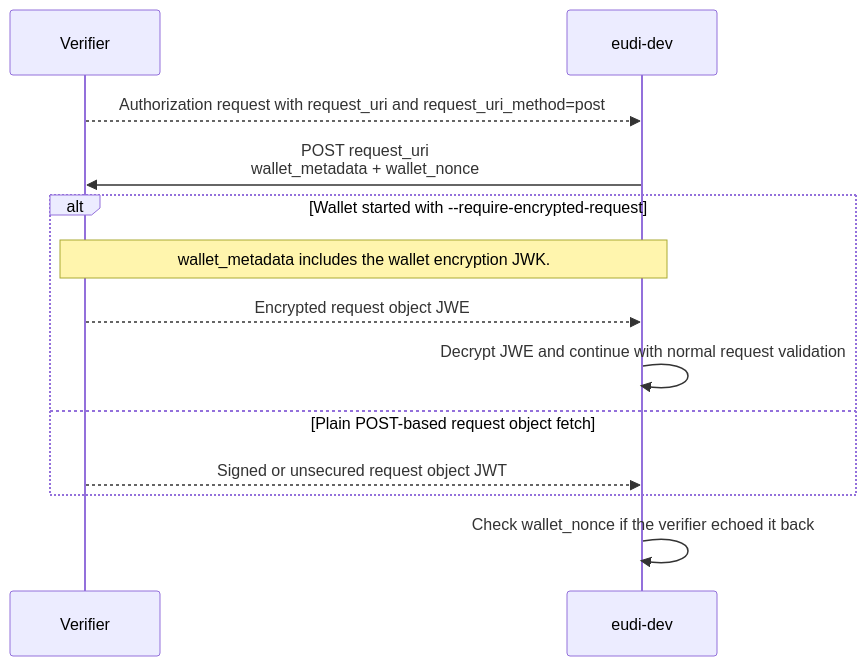
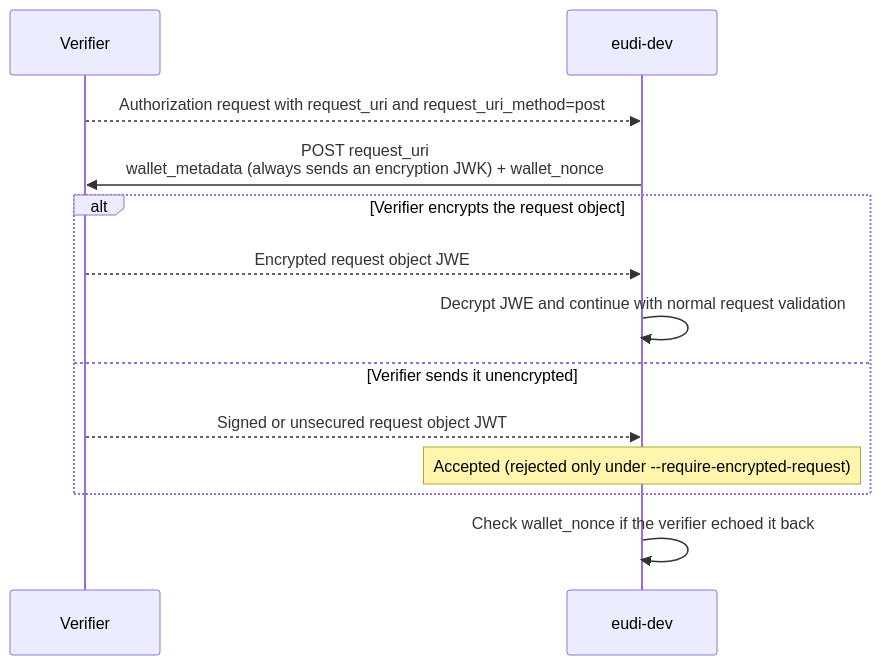
One commit to dominikschlosser/eudi-dev changed the third of 4 diagrams in docs/diagrams/oid4vp.md. Above: the diagram before and after it, drawn with Mermaid. The commit also changed other lines of this file and 13 other files, not shown here.

Commit message:
feat: always send a request object encryption key in wallet_metadata

````diff
--- a/docs/diagrams/oid4vp.md
+++ b/docs/diagrams/oid4vp.md
@@ -93,16 +93,16 @@
 ```mermaid
 sequenceDiagram
     participant Verifier
     participant Wallet as eudi-dev
 
     Verifier-->>Wallet: Authorization request with request_uri and request_uri_method=post
-    Wallet->>Verifier: POST request_uri<br/>wallet_metadata + wallet_nonce
-    alt Wallet started with --require-encrypted-request
-        Note over Wallet,Verifier: wallet_metadata includes the wallet encryption JWK.
+    Wallet->>Verifier: POST request_uri<br/>wallet_metadata (always sends an encryption JWK) + wallet_nonce
+    alt Verifier encrypts the request object
         Verifier-->>Wallet: Encrypted request object JWE
         Wallet->>Wallet: Decrypt JWE and continue with normal request validation
-    else Plain POST-based request object fetch
+    else Verifier sends it unencrypted
         Verifier-->>Wallet: Signed or unsecured request object JWT
+        Note over Wallet: Accepted (rejected only under --require-encrypted-request)
     end
     Wallet->>Wallet: Check wallet_nonce if the verifier echoed it back
 ```
````
